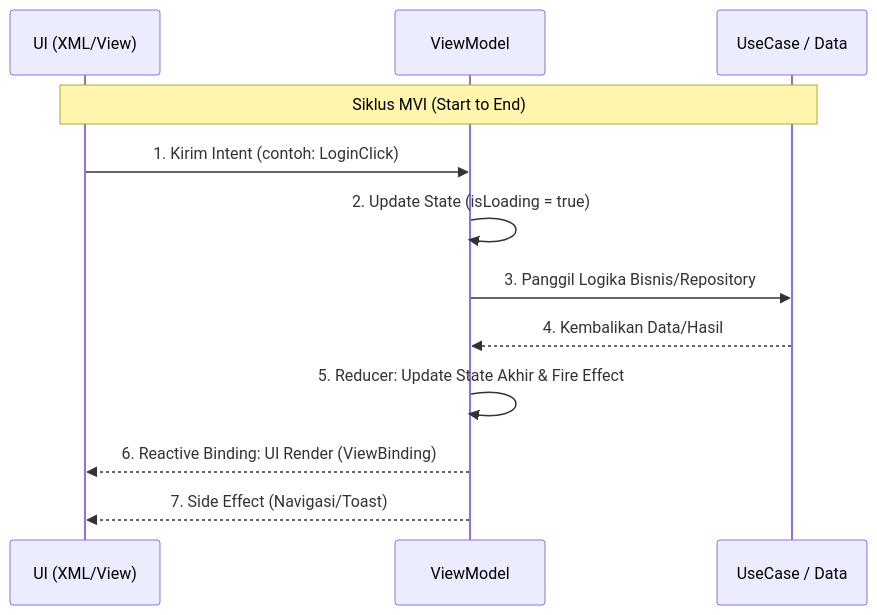
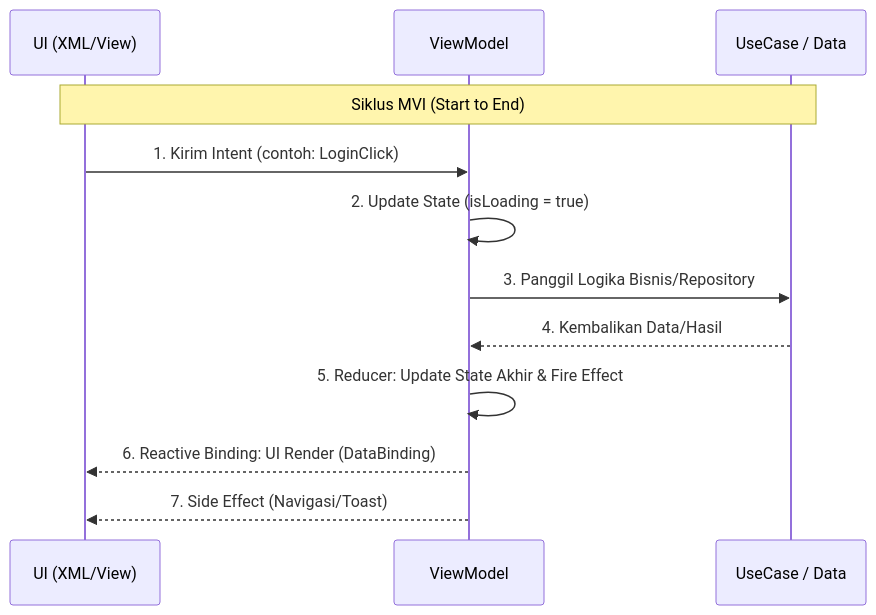
The first of 2 diagrams in README.md (muharifandi/compose-mvi), drawn with Mermaid before and after one commit. The commit also changed other lines of this file and 11 other files, not shown here.

Commit message:
Docs: Complete all documentation revision for XML & DataBinding version

````diff
--- a/README.md
+++ b/README.md
@@ -19,15 +19,15 @@
 ```mermaid
 sequenceDiagram
     participant UI as UI (XML/View)
     participant VM as ViewModel
     participant UC as UseCase / Data
     
     Note over UI, UC: Siklus MVI (Start to End)
     UI->>VM: 1. Kirim Intent (contoh: LoginClick)
     VM->>VM: 2. Update State (isLoading = true)
     VM->>UC: 3. Panggil Logika Bisnis/Repository
     UC-->>VM: 4. Kembalikan Data/Hasil
     VM->>VM: 5. Reducer: Update State Akhir & Fire Effect
-    VM-->>UI: 6. Reactive Binding: UI Render (ViewBinding)
+    VM-->>UI: 6. Reactive Binding: UI Render (DataBinding)
     VM-->>UI: 7. Side Effect (Navigasi/Toast)
 ```
````
